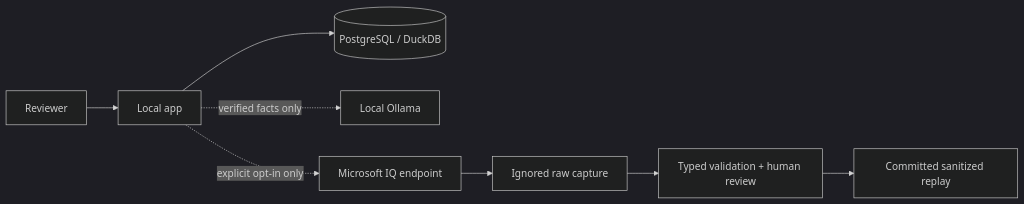
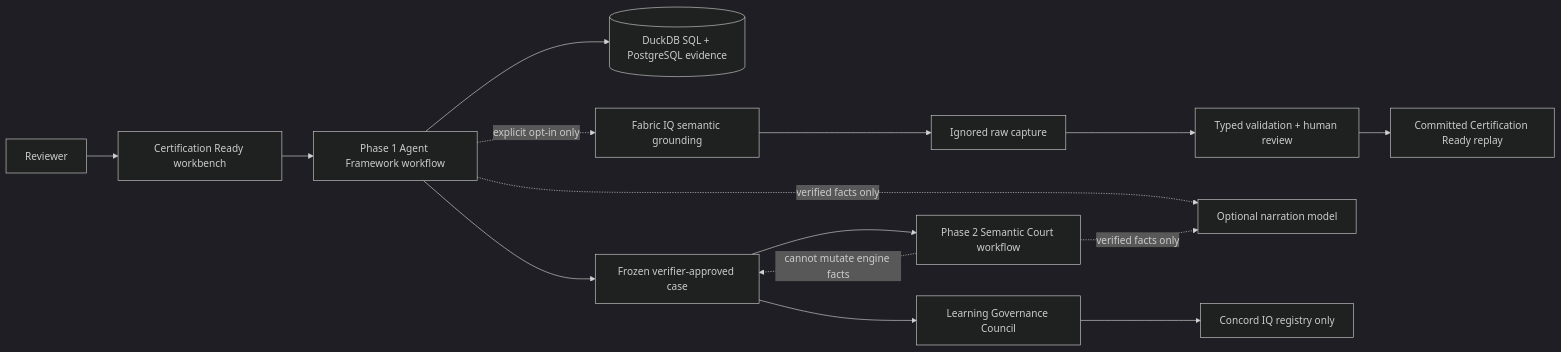
Before and after one commit to karimbaidar/concordIQ: the diagram in docs/threat-model.md, drawn with Mermaid (dark theme). The commit also changed other lines of this file and 61 other files, not shown here.

Commit message:
Repair Semantic Court and finalize submission

````diff
--- a/docs/threat-model.md
+++ b/docs/threat-model.md
@@ -13,10 +13,17 @@
 ```mermaid
 flowchart LR
-    USER["Reviewer"] --> APP["Local app"]
-    APP --> DB[("PostgreSQL / DuckDB")]
-    APP -. "verified facts only" .-> OLLAMA["Local Ollama"]
-    APP -. "explicit opt-in only" .-> IQ["Microsoft IQ endpoint"]
+    USER["Reviewer"] --> UI["Certification Ready workbench"]
+    UI --> WF1["Phase 1 Agent Framework workflow"]
+    WF1 --> DB[("DuckDB SQL + PostgreSQL evidence")]
+    WF1 -. "explicit opt-in only" .-> IQ["Fabric IQ semantic grounding"]
     IQ --> RAW["Ignored raw capture"]
     RAW --> REVIEW["Typed validation + human review"]
-    REVIEW --> SAFE["Committed sanitized replay"]
+    REVIEW --> SAFE["Committed Certification Ready replay"]
+    WF1 --> FROZEN["Frozen verifier-approved case"]
+    FROZEN --> WF2["Phase 2 Semantic Court workflow"]
+    WF2 -. "cannot mutate engine facts" .-> FROZEN
+    WF1 -. "verified facts only" .-> MODEL["Optional narration model"]
+    WF2 -. "verified facts only" .-> MODEL
+    FROZEN --> OWNER["Learning Governance Council"]
+    OWNER --> REG["Concord IQ registry only"]
 ```
````
